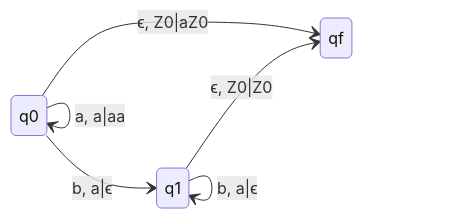
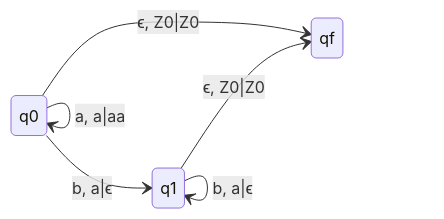
Before and after one commit to malaviya-parth/TOC: the third of 3 diagrams in CFL and PDA/PDA/3.md, drawn with Mermaid. The commit also changed 3 other files, not shown here.

````diff
--- a/CFL and PDA/PDA/3.md
+++ b/CFL and PDA/PDA/3.md
@@ -52,10 +52,10 @@
 ```mermaid
 stateDiagram-v2
     direction LR
     q0 --> q0 : a, Z0|aZ0
     q0 --> q0 : a, a|aa
     q0 --> q1 : b, a|ϵ
-    q0 --> qf : ϵ, Z0|aZ0
+    q0 --> qf : ϵ, Z0|Z0
     q1 --> q1 : b, a|ϵ
     q1 --> qf : ϵ, Z0|Z0
 ```
````
